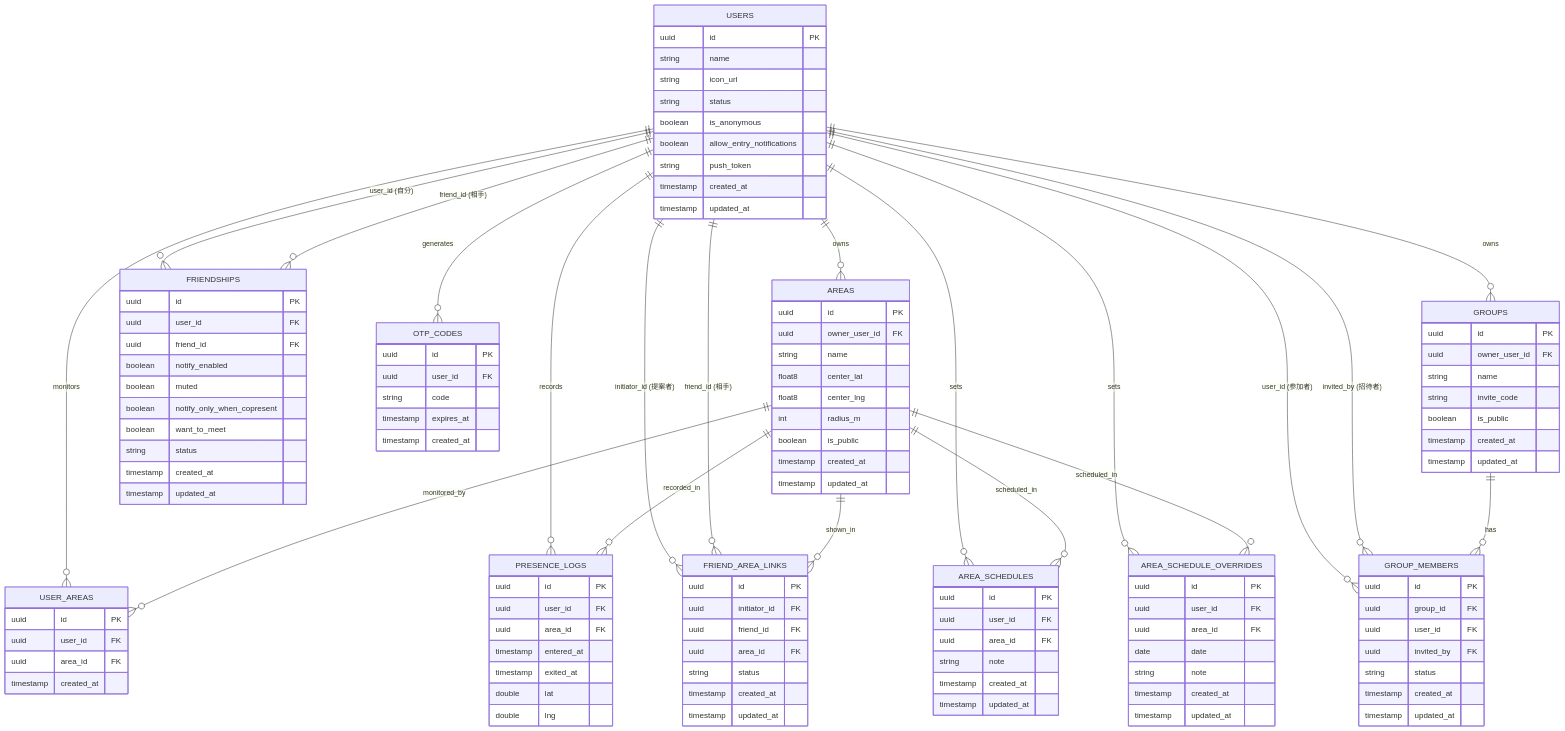
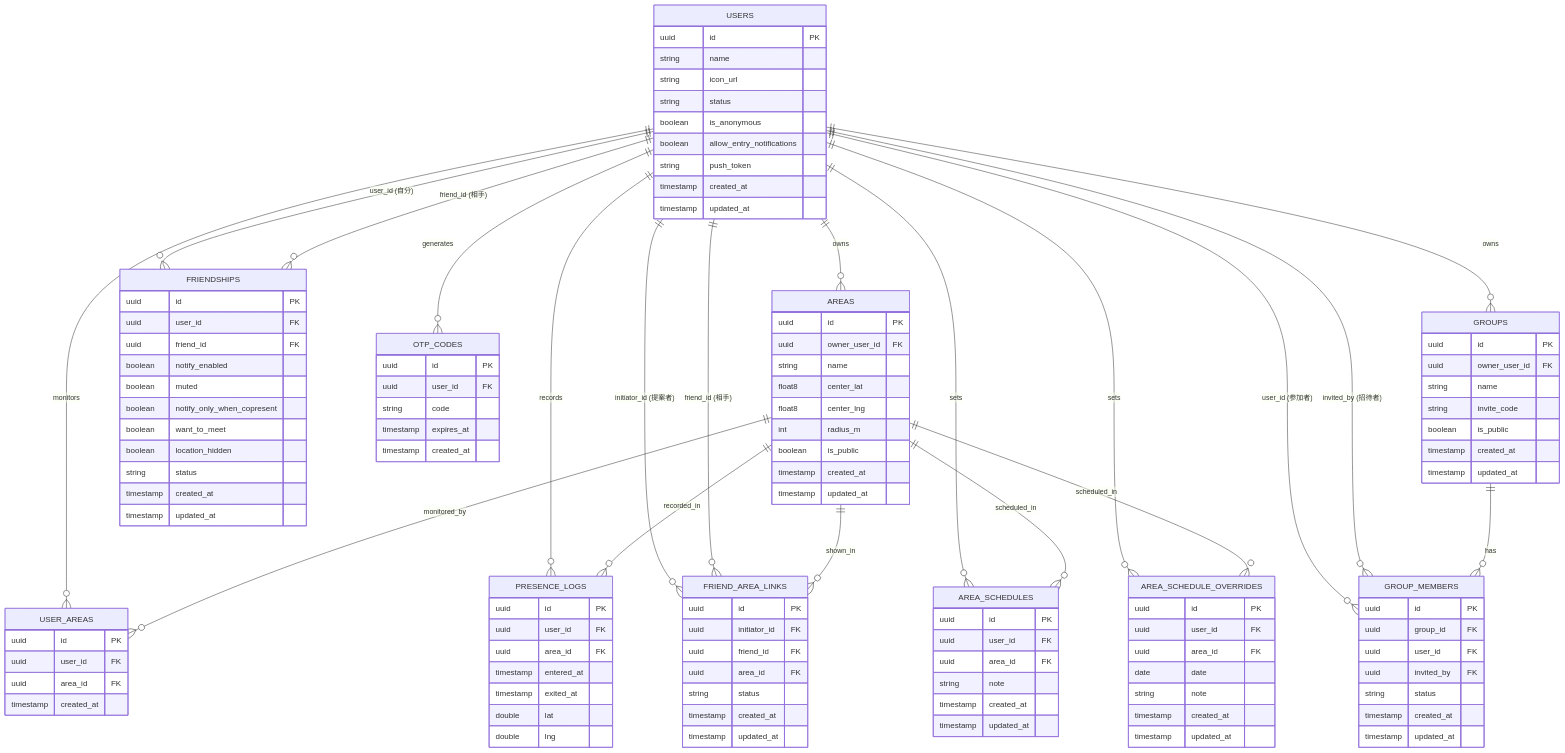
The diagram in docs/schema.md (ochi06/oruca), drawn with Mermaid before and after one commit. The commit also changed other lines of this file and 7 other files, not shown here.

```diff
--- a/docs/schema.md
+++ b/docs/schema.md
@@ -62,6 +62,7 @@
     boolean muted
     boolean notify_only_when_copresent
     boolean want_to_meet
+    boolean location_hidden
     string status
     timestamp created_at
     timestamp updated_at
```
